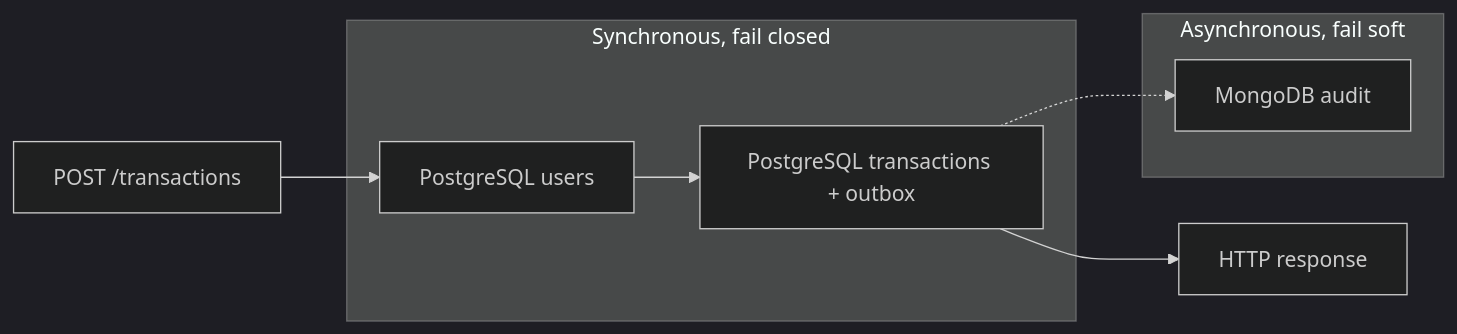
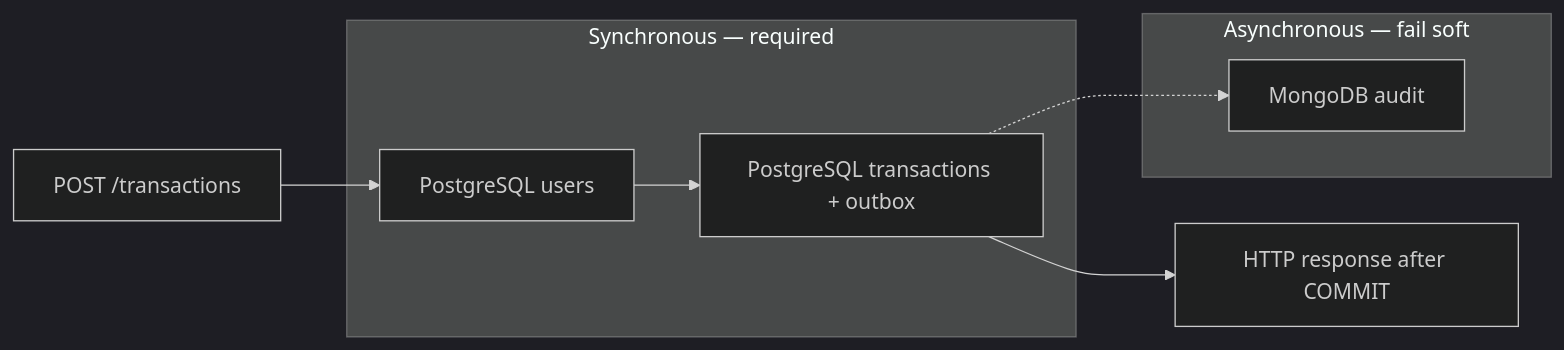
The fifth of 7 diagrams in docs/system-design.md (aaami1ster/payment-processing-system), drawn with Mermaid (dark theme) before and after one commit. The commit also changed other lines of this file, not shown here.

Commit message:
docs: update system design document to clarify architecture and assumptions for payment processing service

````diff
--- a/docs/system-design.md
+++ b/docs/system-design.md
@@ -509,15 +899,15 @@
 ```mermaid
 flowchart LR
-    subgraph Critical["Synchronous, fail closed"]
+    subgraph Critical["Synchronous — required"]
         PGUsers["PostgreSQL users"]
         PGTx["PostgreSQL transactions + outbox"]
     end
-    subgraph Degradable["Asynchronous, fail soft"]
+    subgraph Degradable["Asynchronous — fail soft"]
         MongoAudit["MongoDB audit"]
     end
 
     Req[POST /transactions] --> PGUsers
     PGUsers --> PGTx
-    PGTx --> Client[HTTP response]
+    PGTx --> Client[HTTP response after COMMIT]
     PGTx -.-> MongoAudit
 ```
````
